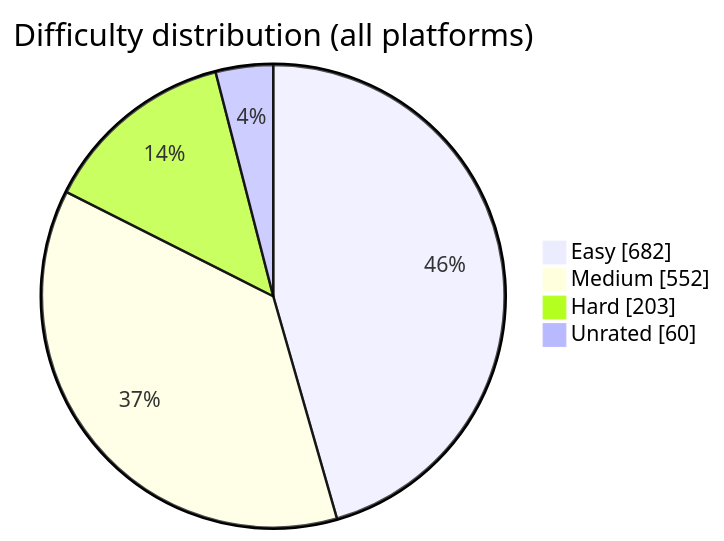
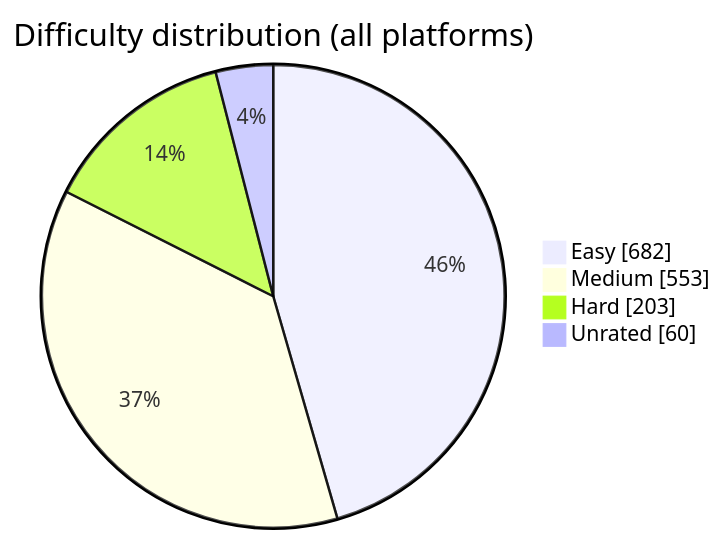
One commit to BuildbyArindam/Daily-Coding-Log changed the diagram in README.md. Above: the diagram before and after it, drawn with Mermaid. The commit also changed other lines of this file, not shown here.

````diff
--- a/README.md
+++ b/README.md
@@ -93,7 +93,7 @@
 ```mermaid
 pie showData title Difficulty distribution (all platforms)
     "Easy" : 682
-    "Medium" : 552
+    "Medium" : 553
     "Hard" : 203
     "Unrated" : 60
 ```
````
